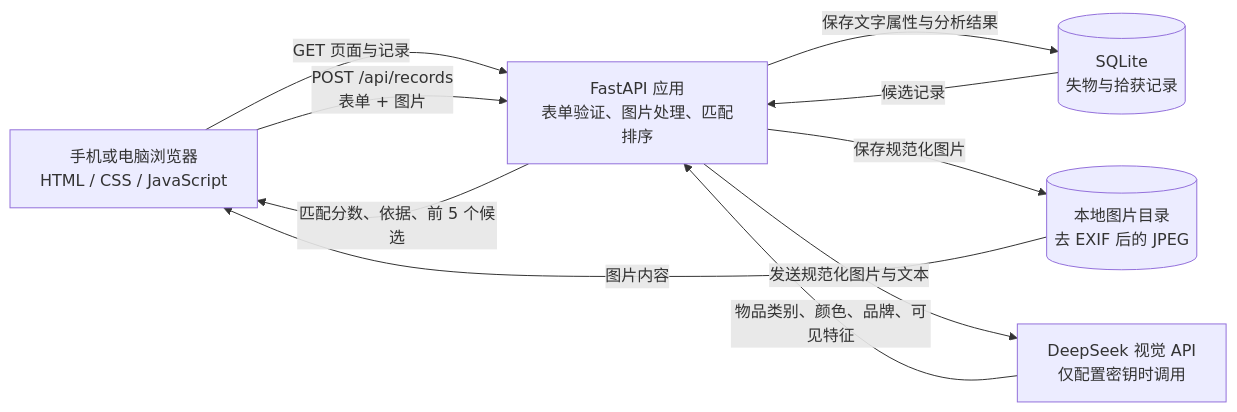
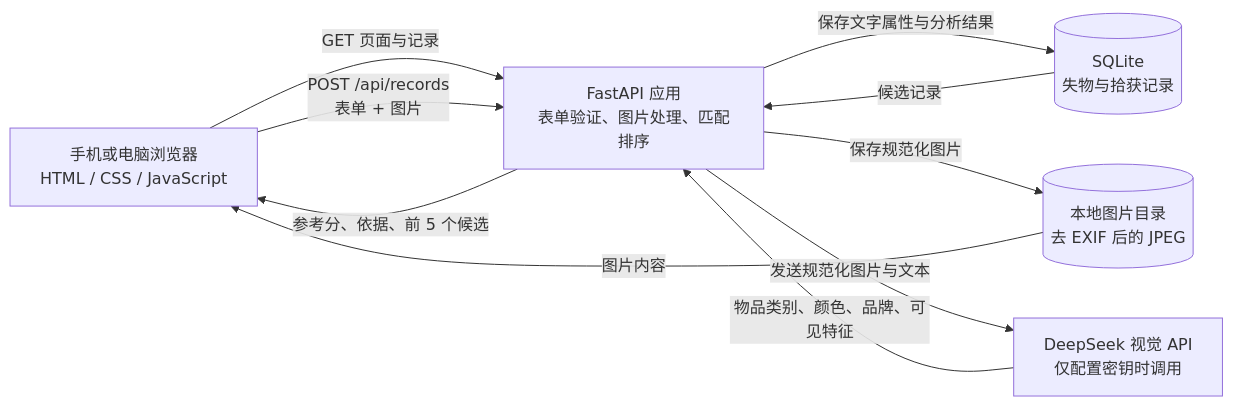
The diagram in outputs/SYSTEM_ARCHITECTURE.md (jiejie0624/lost-found-photo-matching), drawn with Mermaid before and after one commit. The commit also changed other lines of this file and 3 other files, not shown here.

````diff
--- a/outputs/SYSTEM_ARCHITECTURE.md
+++ b/outputs/SYSTEM_ARCHITECTURE.md
@@ -7,18 +7,18 @@
 ```mermaid
 flowchart LR
     U[手机或电脑浏览器<br/>HTML / CSS / JavaScript]
     A[FastAPI 应用<br/>表单验证、图片处理、匹配排序]
     DB[(SQLite<br/>失物与拾获记录)]
     IMG[(本地图片目录<br/>去 EXIF 后的 JPEG)]
     DS[DeepSeek 视觉 API<br/>仅配置密钥时调用]
 
     U -->|GET 页面与记录| A
     U -->|POST /api/records<br/>表单 + 图片| A
     A -->|保存文字属性与分析结果| DB
     A -->|保存规范化图片| IMG
     A -->|发送规范化图片与文本| DS
     DS -->|物品类别、颜色、品牌、可见特征| A
-    A -->|匹配分数、依据、前 5 个候选| U
+    A -->|参考分、依据、前 5 个候选| U
     DB -->|候选记录| A
     IMG -->|图片内容| U
 ```
````
